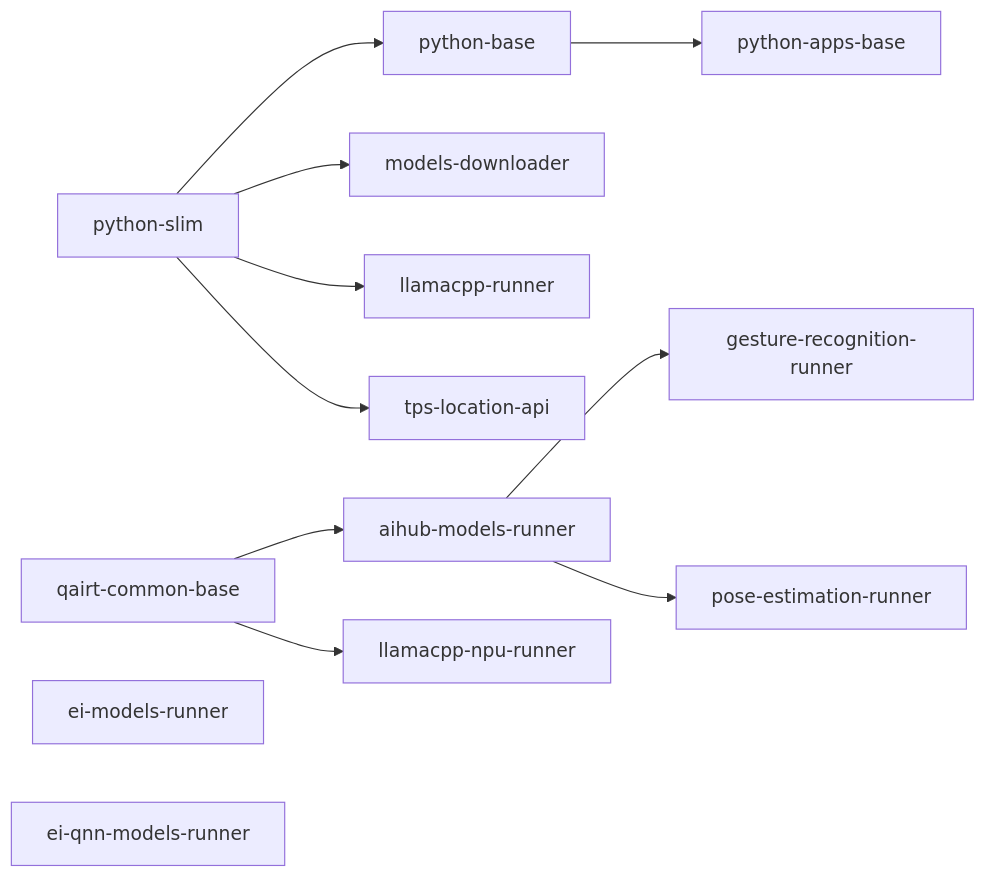
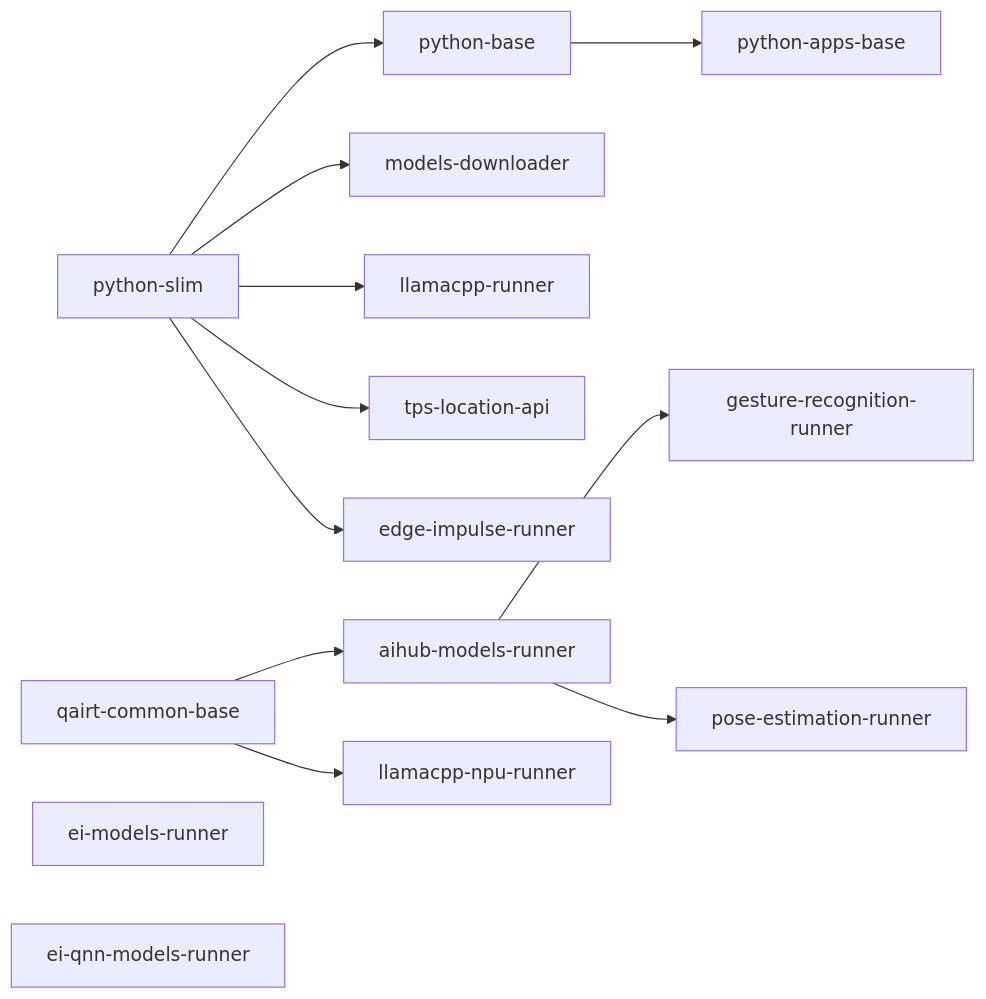
The diagram in containers/README.md (arduino/app-bricks-py), drawn with Mermaid before and after one commit. The commit also changed other lines of this file and 5 other files, not shown here.

Commit message:
feat: scaffold new edge-impulse-runner container

````diff
--- a/containers/README.md
+++ b/containers/README.md
@@ -41,12 +42,13 @@
 ```mermaid
 graph LR
   slim[python-slim] --> base[python-base] --> apps[python-apps-base]
   slim --> dl[models-downloader]
   slim --> lcpp[llamacpp-runner]
   qairt[qairt-common-base] --> aihub[aihub-models-runner] --> gesture[gesture-recognition-runner]
   aihub --> pose[pose-estimation-runner]
   qairt --> lcppnpu[llamacpp-npu-runner]
   ei[ei-models-runner]
   eiqnn[ei-qnn-models-runner]
   slim --> tpslocationapi[tps-location-api]
+  slim --> edgeimpulserunner[edge-impulse-runner]
 ```
````
